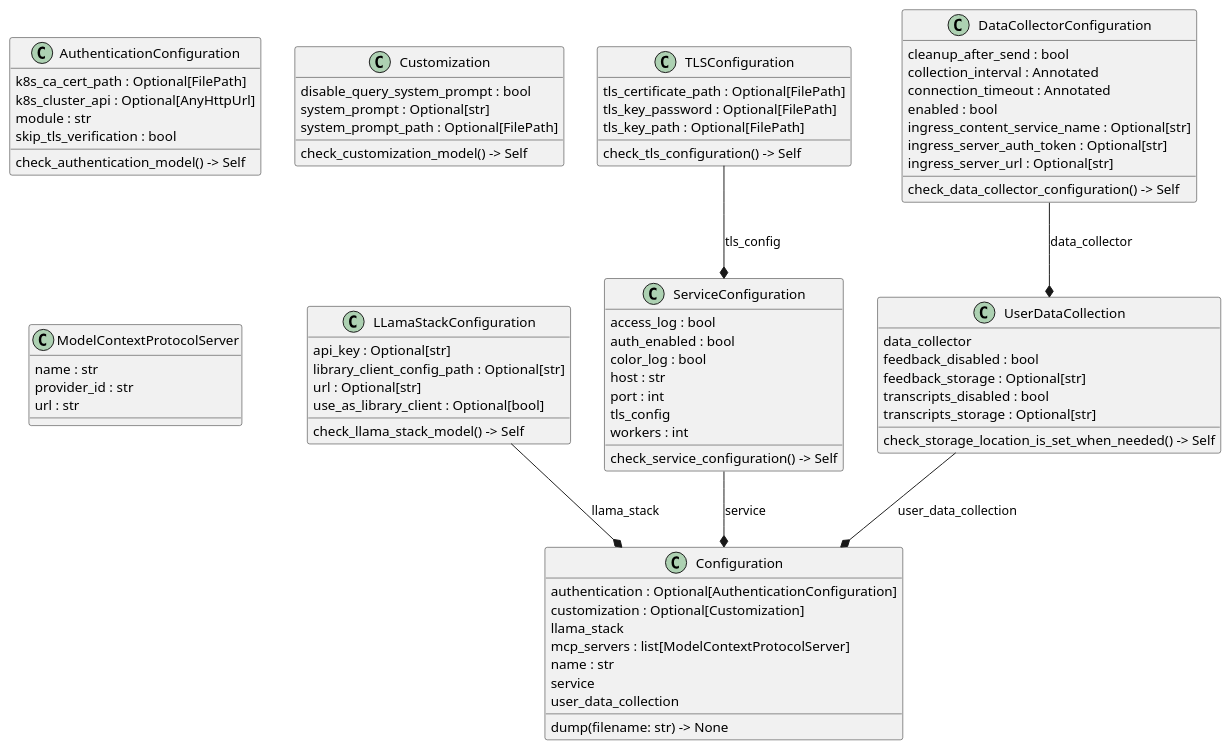
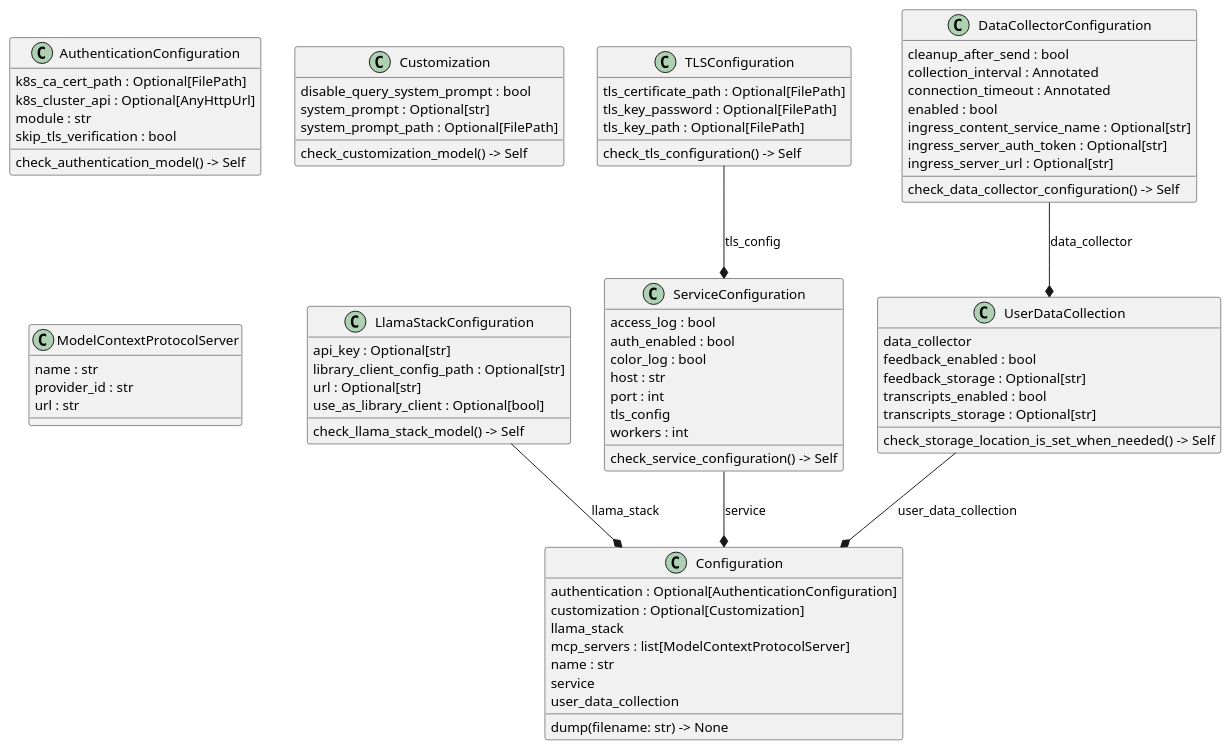
One commit to lightspeed-core/lightspeed-stack changed the diagram in docs/config.puml. Above: the diagram before and after it, drawn with PlantUML. The commit also changed 23 other files, not shown here.

```diff
--- a/docs/config.puml
+++ b/docs/config.puml
@@ -1,77 +1,77 @@
 @startuml classes
 set namespaceSeparator none
 class "AuthenticationConfiguration" as src.models.config.AuthenticationConfiguration {
   k8s_ca_cert_path : Optional[FilePath]
   k8s_cluster_api : Optional[AnyHttpUrl]
   module : str
   skip_tls_verification : bool
   check_authentication_model() -> Self
 }
 class "Configuration" as src.models.config.Configuration {
   authentication : Optional[AuthenticationConfiguration]
   customization : Optional[Customization]
   llama_stack
   mcp_servers : list[ModelContextProtocolServer]
   name : str
   service
   user_data_collection
   dump(filename: str) -> None
 }
 class "Customization" as src.models.config.Customization {
   disable_query_system_prompt : bool
   system_prompt : Optional[str]
   system_prompt_path : Optional[FilePath]
   check_customization_model() -> Self
 }
 class "DataCollectorConfiguration" as src.models.config.DataCollectorConfiguration {
   cleanup_after_send : bool
   collection_interval : Annotated
   connection_timeout : Annotated
   enabled : bool
   ingress_content_service_name : Optional[str]
   ingress_server_auth_token : Optional[str]
   ingress_server_url : Optional[str]
   check_data_collector_configuration() -> Self
 }
-class "LLamaStackConfiguration" as src.models.config.LLamaStackConfiguration {
+class "LlamaStackConfiguration" as src.models.config.LlamaStackConfiguration {
   api_key : Optional[str]
   library_client_config_path : Optional[str]
   url : Optional[str]
   use_as_library_client : Optional[bool]
   check_llama_stack_model() -> Self
 }
 class "ModelContextProtocolServer" as src.models.config.ModelContextProtocolServer {
   name : str
   provider_id : str
   url : str
 }
 class "ServiceConfiguration" as src.models.config.ServiceConfiguration {
   access_log : bool
   auth_enabled : bool
   color_log : bool
   host : str
   port : int
   tls_config
   workers : int
   check_service_configuration() -> Self
 }
 class "TLSConfiguration" as src.models.config.TLSConfiguration {
   tls_certificate_path : Optional[FilePath]
   tls_key_password : Optional[FilePath]
   tls_key_path : Optional[FilePath]
   check_tls_configuration() -> Self
 }
 class "UserDataCollection" as src.models.config.UserDataCollection {
   data_collector
-  feedback_disabled : bool
+  feedback_enabled : bool
   feedback_storage : Optional[str]
-  transcripts_disabled : bool
+  transcripts_enabled : bool
   transcripts_storage : Optional[str]
   check_storage_location_is_set_when_needed() -> Self
 }
 src.models.config.DataCollectorConfiguration --* src.models.config.UserDataCollection : data_collector
-src.models.config.LLamaStackConfiguration --* src.models.config.Configuration : llama_stack
+src.models.config.LlamaStackConfiguration --* src.models.config.Configuration : llama_stack
 src.models.config.ServiceConfiguration --* src.models.config.Configuration : service
 src.models.config.TLSConfiguration --* src.models.config.ServiceConfiguration : tls_config
 src.models.config.UserDataCollection --* src.models.config.Configuration : user_data_collection
 @enduml
```
